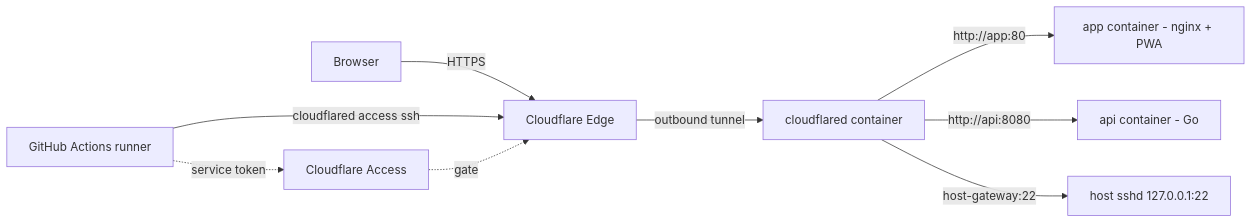
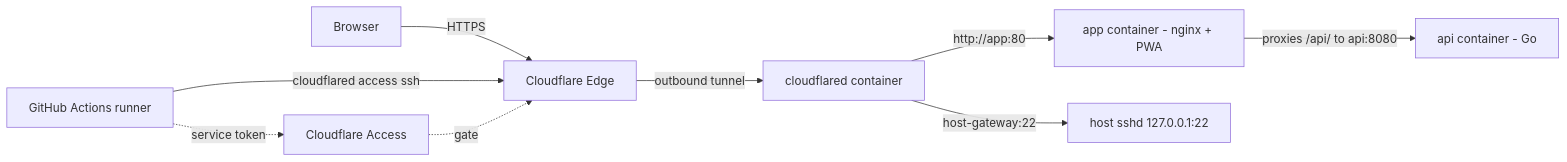
The diagram in docs/deployment-setup.md (nikonok/expensesapp), drawn with Mermaid before and after one commit. The commit also changed other lines of this file and 14 other files, not shown here.

````diff
--- a/docs/deployment-setup.md
+++ b/docs/deployment-setup.md
@@ -9,12 +9,12 @@
 ```mermaid
 flowchart LR
   B[Browser] -->|HTTPS| CFE[Cloudflare Edge]
   CFE -->|outbound tunnel| CFD[cloudflared container]
   CFD -->|http://app:80| APP[app container - nginx + PWA]
-  CFD -->|http://api:8080| API[api container - Go]
+  APP -->|proxies /api/ to api:8080| API[api container - Go]
   CFD -->|host-gateway:22| SSHD[host sshd 127.0.0.1:22]
 
   GH[GitHub Actions runner] -->|cloudflared access ssh| CFE
   GH -.->|service token| ACC[Cloudflare Access]
   ACC -.->|gate| CFE
 ```
````
